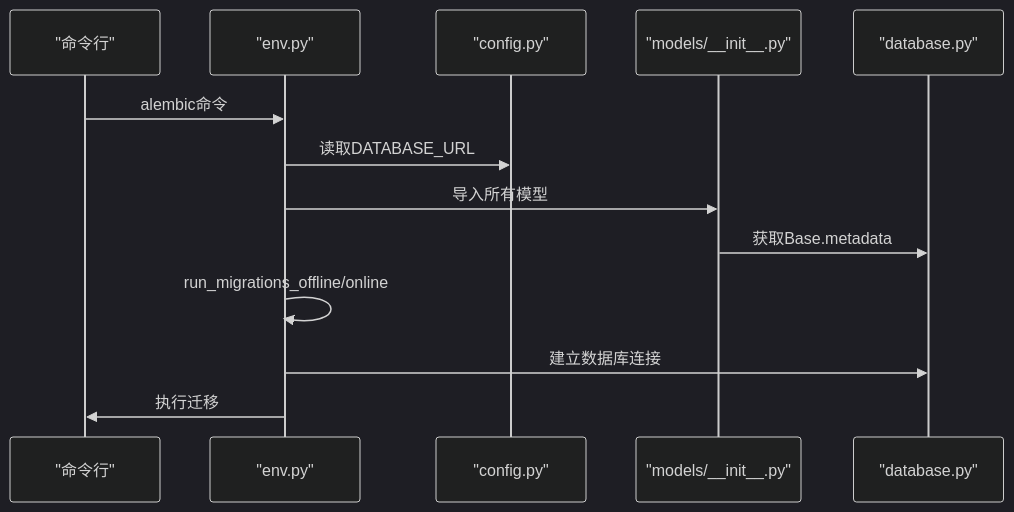
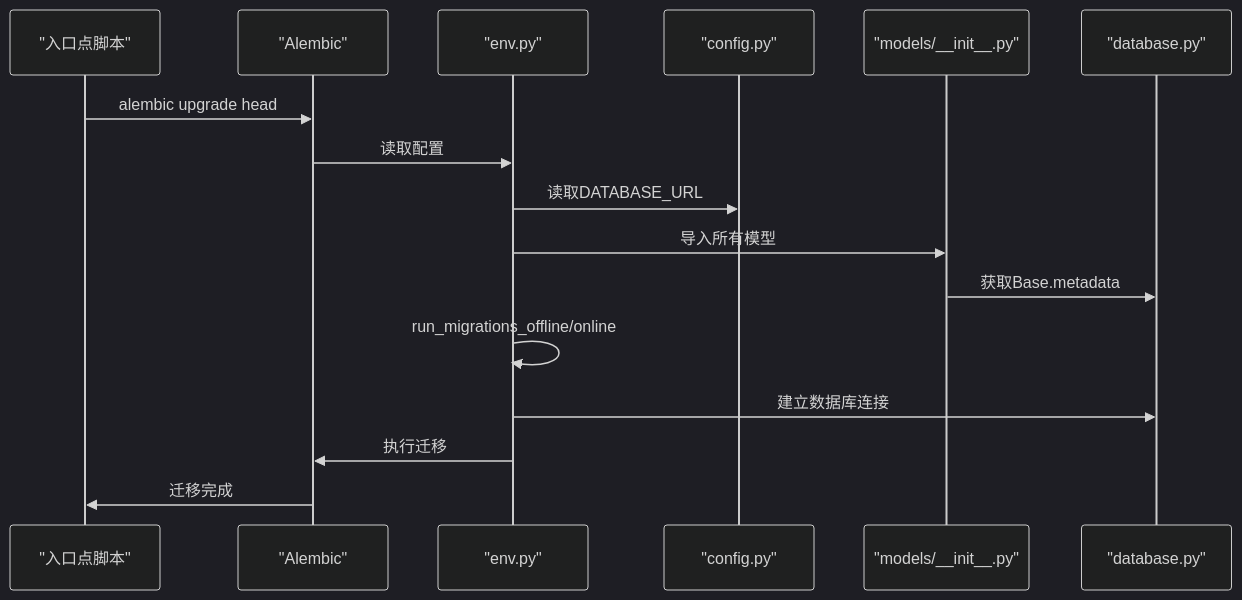
Before and after one commit to breeze-lyf/ai-stock-advisor: the third of 8 diagrams in .qoder/repowiki/zh/content/Database Migration Management.md, drawn with Mermaid (dark theme). The commit also changed other lines of this file and 7 other files, not shown here.

````diff
--- a/.qoder/repowiki/zh/content/Database Migration Management.md
+++ b/.qoder/repowiki/zh/content/Database Migration Management.md
@@ -148,15 +184,18 @@
 ```mermaid
 sequenceDiagram
-participant CLI as "命令行"
+participant Entrypoint as "入口点脚本"
+participant Alembic as "Alembic"
 participant Env as "env.py"
 participant Config as "config.py"
 participant Models as "models/__init__.py"
 participant DB as "database.py"
-CLI->>Env : alembic命令
+Entrypoint->>Alembic : alembic upgrade head
+Alembic->>Env : 读取配置
 Env->>Config : 读取DATABASE_URL
 Env->>Models : 导入所有模型
 Models->>DB : 获取Base.metadata
 Env->>Env : run_migrations_offline/online
 Env->>DB : 建立数据库连接
-Env->>CLI : 执行迁移
+Env->>Alembic : 执行迁移
+Alembic->>Entrypoint : 迁移完成
 ```
````
